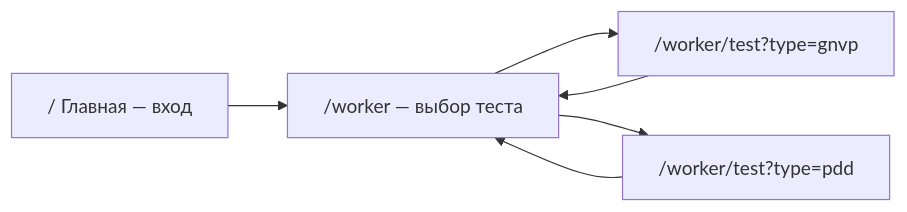
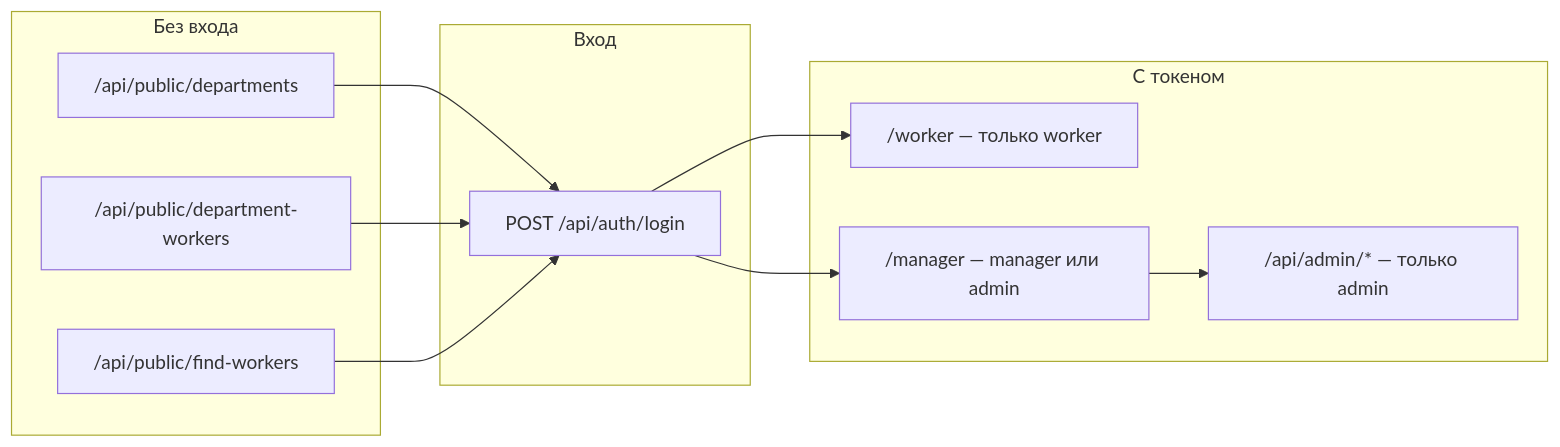
One commit to DeNiS23208/SPVT changed the diagram in cursor_cursor_md.md. Above: the diagram before and after it, drawn with Mermaid. The commit also changed other lines of this file and 13 other files, not shown here.

First line of the commit message:
Add manager filters, all-time date mode, results pagination, and ticket admin tools.

````diff
--- a/cursor_cursor_md.md
+++ b/cursor_cursor_md.md
@@ -1822,8 +1371,22 @@
 ```mermaid
 flowchart LR
-  A["/ Главная — вход"] --> B["/worker — выбор теста"]
-  B --> C["/worker/test?type=gnvp"]
-  B --> D["/worker/test?type=pdd"]
-  C --> B
-  D --> B
+  subgraph public [Без входа]
+    A["/api/public/departments"]
+    B["/api/public/department-workers"]
+    C["/api/public/find-workers"]
+  end
+  subgraph login [Вход]
+    D["POST /api/auth/login"]
+  end
+  subgraph app [С токеном]
+    E["/worker — только worker"]
+    F["/manager — manager или admin"]
+    G["/api/admin/* — только admin"]
+  end
+  A --> D
+  B --> D
+  C --> D
+  D --> E
+  D --> F
+  F --> G
 ```
````
